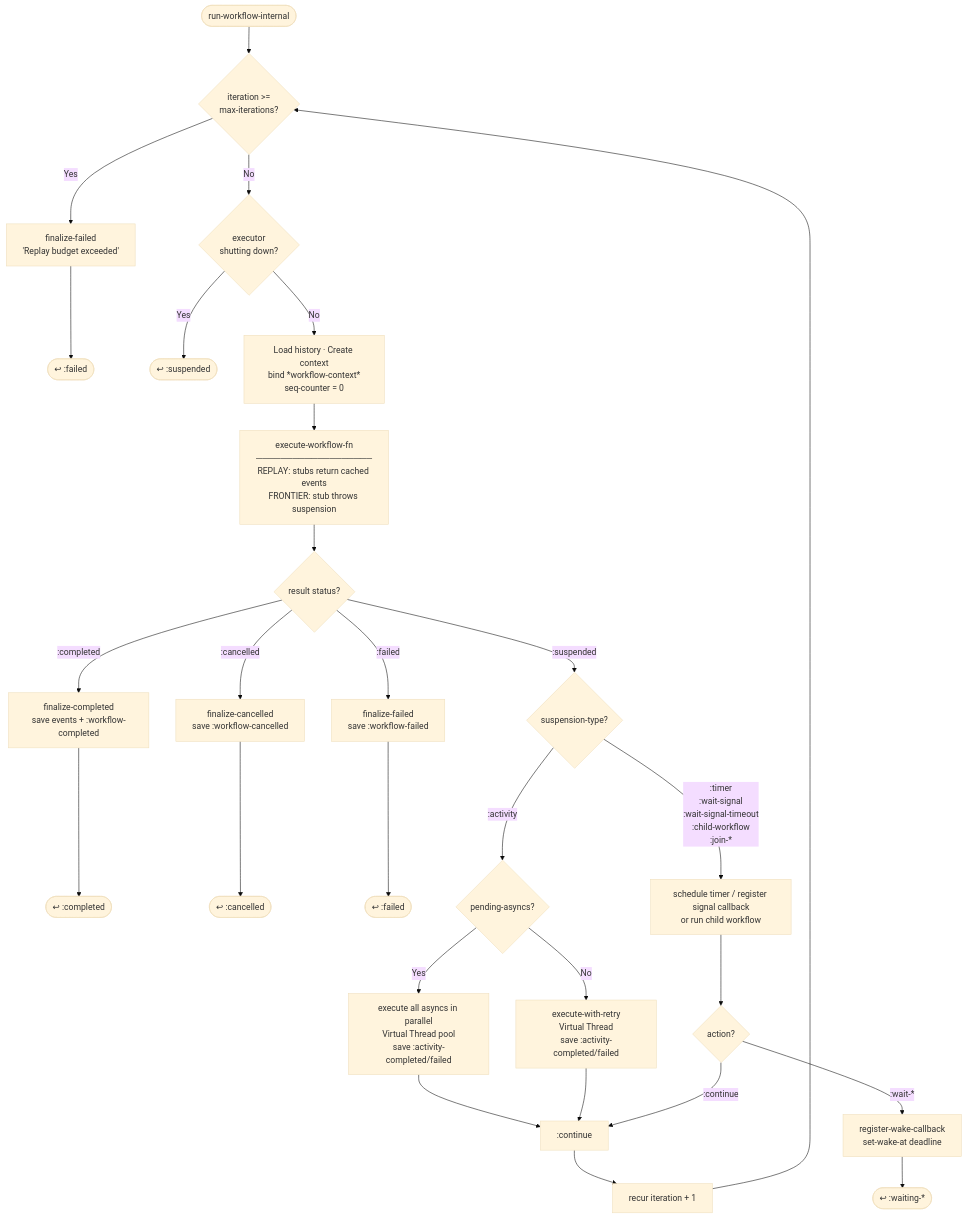
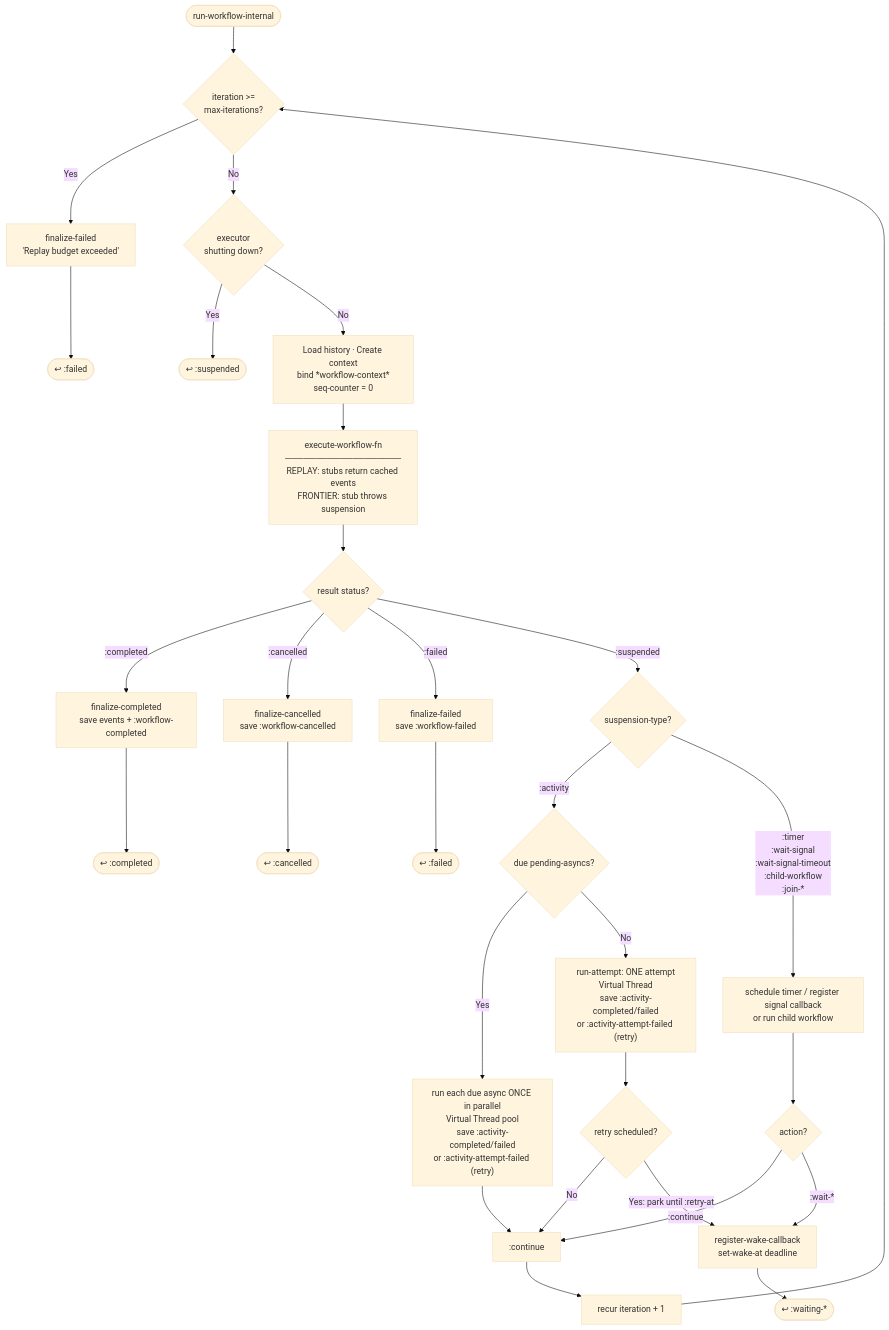
Before and after one commit to mping/intemporal: the third of 3 diagrams in architecture.md, drawn with Mermaid (base theme). The commit also changed other lines of this file and 13 other files, not shown here.

````diff
--- a/architecture.md
+++ b/architecture.md
@@ -181,30 +181,32 @@
 ```mermaid
 flowchart TD
     Start([run-workflow-internal]) --> IterCheck{"iteration >=\nmax-iterations?"}
     IterCheck -->|Yes| Fail["finalize-failed\n'Replay budget exceeded'"] --> RetFail(["↩ :failed"])
     IterCheck -->|No| ShutCheck{"executor\nshutting down?"}
     ShutCheck -->|Yes| RetSusp(["↩ :suspended"])
     ShutCheck -->|No| Load["Load history · Create context\nbind *workflow-context*\nseq-counter = 0"]
     Load --> Exec["execute-workflow-fn\n───────────────────\nREPLAY: stubs return cached events\nFRONTIER: stub throws suspension"]
 
     Exec --> Status{"result status?"}
 
     Status -->|":completed"| Done["finalize-completed\nsave events + :workflow-completed"] --> RetOK(["↩ :completed"])
     Status -->|":cancelled"| Canc["finalize-cancelled\nsave :workflow-cancelled"] --> RetCanc(["↩ :cancelled"])
     Status -->|":failed"| Failed["finalize-failed\nsave :workflow-failed"] --> RetFailed(["↩ :failed"])
 
     Status -->|":suspended"| Dispatch{"suspension-type?"}
 
-    Dispatch -->|":activity"| HasAsync{"pending-asyncs?"}
-    HasAsync -->|Yes| Parallel["execute all asyncs in parallel\nVirtual Thread pool\nsave :activity-completed/failed"] --> AC[":continue"]
-    HasAsync -->|No| Single["execute-with-retry\nVirtual Thread\nsave :activity-completed/failed"] --> AC
+    Dispatch -->|":activity"| HasAsync{"due pending-asyncs?"}
+    HasAsync -->|Yes| Parallel["run each due async ONCE in parallel\nVirtual Thread pool\nsave :activity-completed/failed\nor :activity-attempt-failed (retry)"] --> AC[":continue"]
+    HasAsync -->|No| Single["run-attempt: ONE attempt\nVirtual Thread\nsave :activity-completed/failed\nor :activity-attempt-failed (retry)"] --> Retry{"retry scheduled?"}
+    Retry -->|No| AC
+    Retry -->|"Yes: park until :retry-at"| Wait
 
     Dispatch -->|":timer\n:wait-signal\n:wait-signal-timeout\n:child-workflow\n:join-*"| Other["schedule timer / register signal callback\nor run child workflow"] --> OtherAction{"action?"}
 
     OtherAction -->|":continue"| AC
     OtherAction -->|":wait-*"| Wait
 
     AC --> Recur["recur iteration + 1"] --> IterCheck
 
     Wait["register-wake-callback\nset-wake-at deadline"] --> RetWait(["↩ :waiting-*"])
 ```
````
